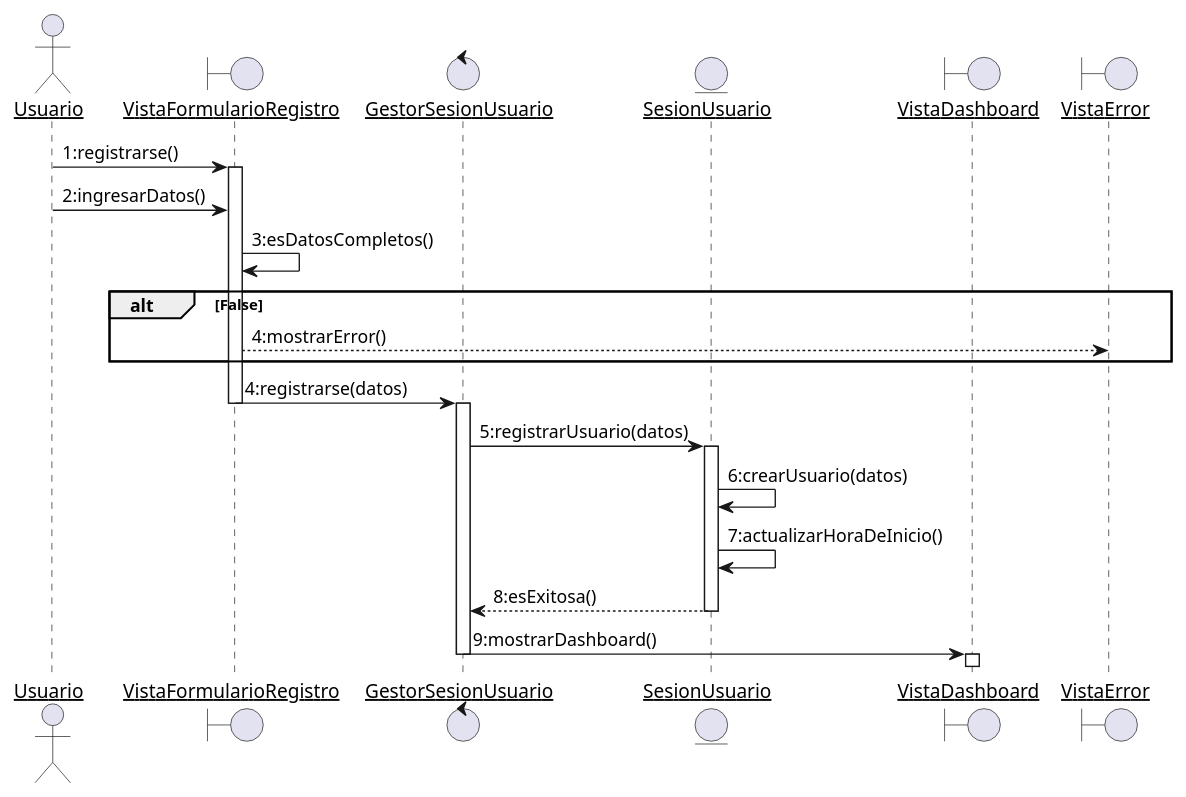
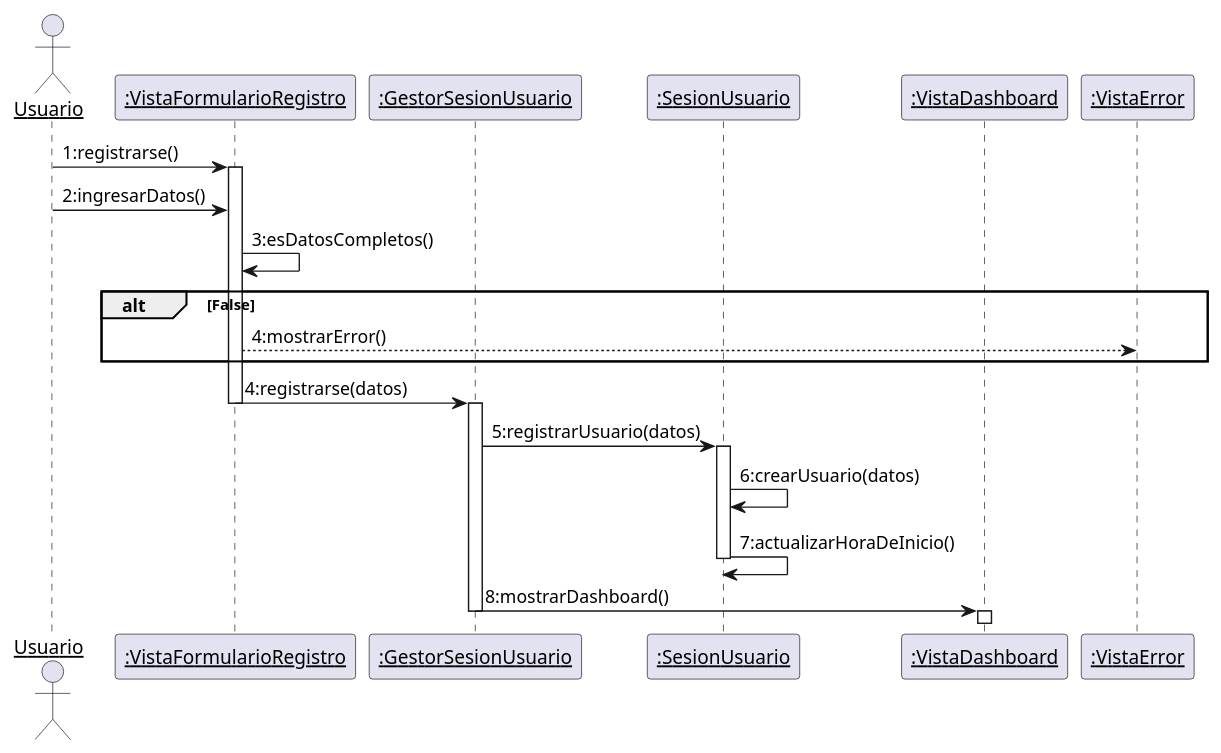
One commit to Samantha-Ramirez/ProyectoEquipo7ING changed the diagram in docs/scenariosView/DisciplinaDeDisenio/DiagramaDeSecuenciaRegistrarse.plantUML. Above: the diagram before and after it, drawn with PlantUML. The commit also changed 13 other files, not shown here.

```diff
--- a/docs/scenariosView/DisciplinaDeDisenio/DiagramaDeSecuenciaRegistrarse.plantUML
+++ b/docs/scenariosView/DisciplinaDeDisenio/DiagramaDeSecuenciaRegistrarse.plantUML
@@ -1,34 +1,33 @@
 @startuml DiagramaDeSecuenciaRegistrarse
 skinparam sequenceParticipant underline
 
 actor Usuario
-boundary VistaFormularioRegistro
-control GestorSesionUsuario
-entity SesionUsuario
-boundary VistaDashboard
-boundary VistaError
+participant ":VistaFormularioRegistro" as VistaFormularioRegistro
+participant ":GestorSesionUsuario" as GestorSesionUsuario
+participant ":SesionUsuario" as SesionUsuario
+participant ":VistaDashboard" as VistaDashboard
+participant ":VistaError" as VistaError
 
 
 Usuario -> VistaFormularioRegistro : 1:registrarse()
 activate VistaFormularioRegistro
 Usuario -> VistaFormularioRegistro : 2:ingresarDatos()
 VistaFormularioRegistro -> VistaFormularioRegistro : 3:esDatosCompletos()
 alt False
 VistaFormularioRegistro --> VistaError: 4:mostrarError()
 end
 VistaFormularioRegistro -> GestorSesionUsuario : 4:registrarse(datos)
 deactivate VistaFormularioRegistro
 activate GestorSesionUsuario
 GestorSesionUsuario -> SesionUsuario : 5:registrarUsuario(datos)
 activate SesionUsuario
 SesionUsuario -> SesionUsuario : 6:crearUsuario(datos)
 SesionUsuario -> SesionUsuario : 7:actualizarHoraDeInicio()
-SesionUsuario --> GestorSesionUsuario : 8:esExitosa()
 deactivate SesionUsuario
-GestorSesionUsuario -> VistaDashboard : 9:mostrarDashboard()
+GestorSesionUsuario -> VistaDashboard : 8:mostrarDashboard()
 deactivate GestorSesionUsuario
 activate VistaDashboard
 deactivate VistaDashboard
 
 
 @enduml
```
